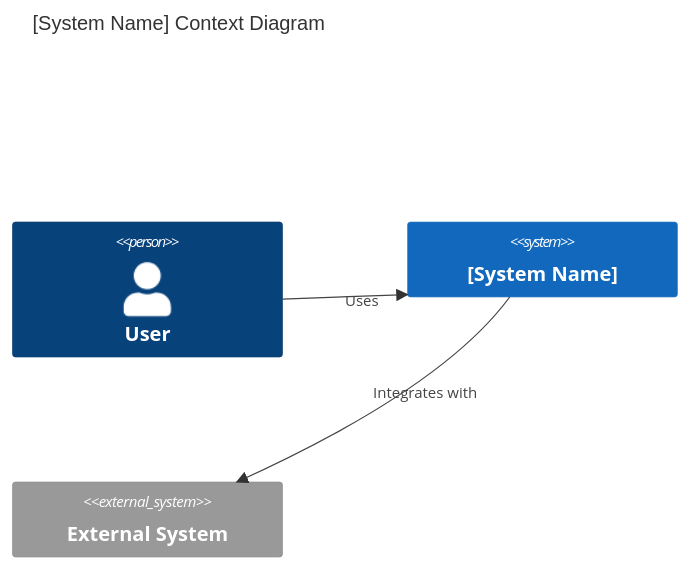
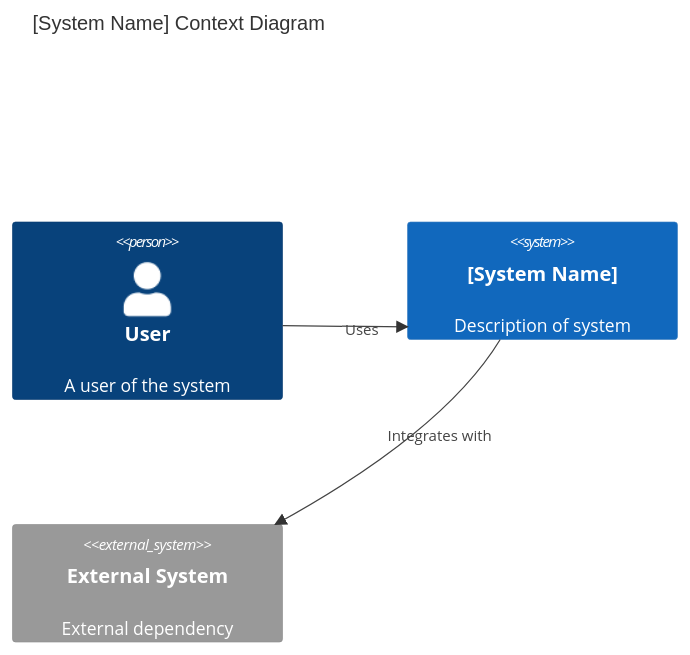
The first of 2 diagrams in templates/ard-template.md (buenhyden/hy-home.k8s), drawn with Mermaid before and after one commit. The commit also changed other lines of this file and 45 other files, not shown here.

````diff
--- a/templates/ard-template.md
+++ b/templates/ard-template.md
@@ -92,10 +34,10 @@
 ```mermaid
 C4Context
     title [System Name] Context Diagram
-    Person(user, "User")
-    System(this_system, "[System Name]")
-    System_Ext(ext_system, "External System")
+    Person(user, "User", "A user of the system")
+    System(this_system, "[System Name]", "Description of system")
+    System_Ext(ext_system, "External System", "External dependency")
 
     Rel(user, this_system, "Uses")
     Rel(this_system, ext_system, "Integrates with")
 ```
````
